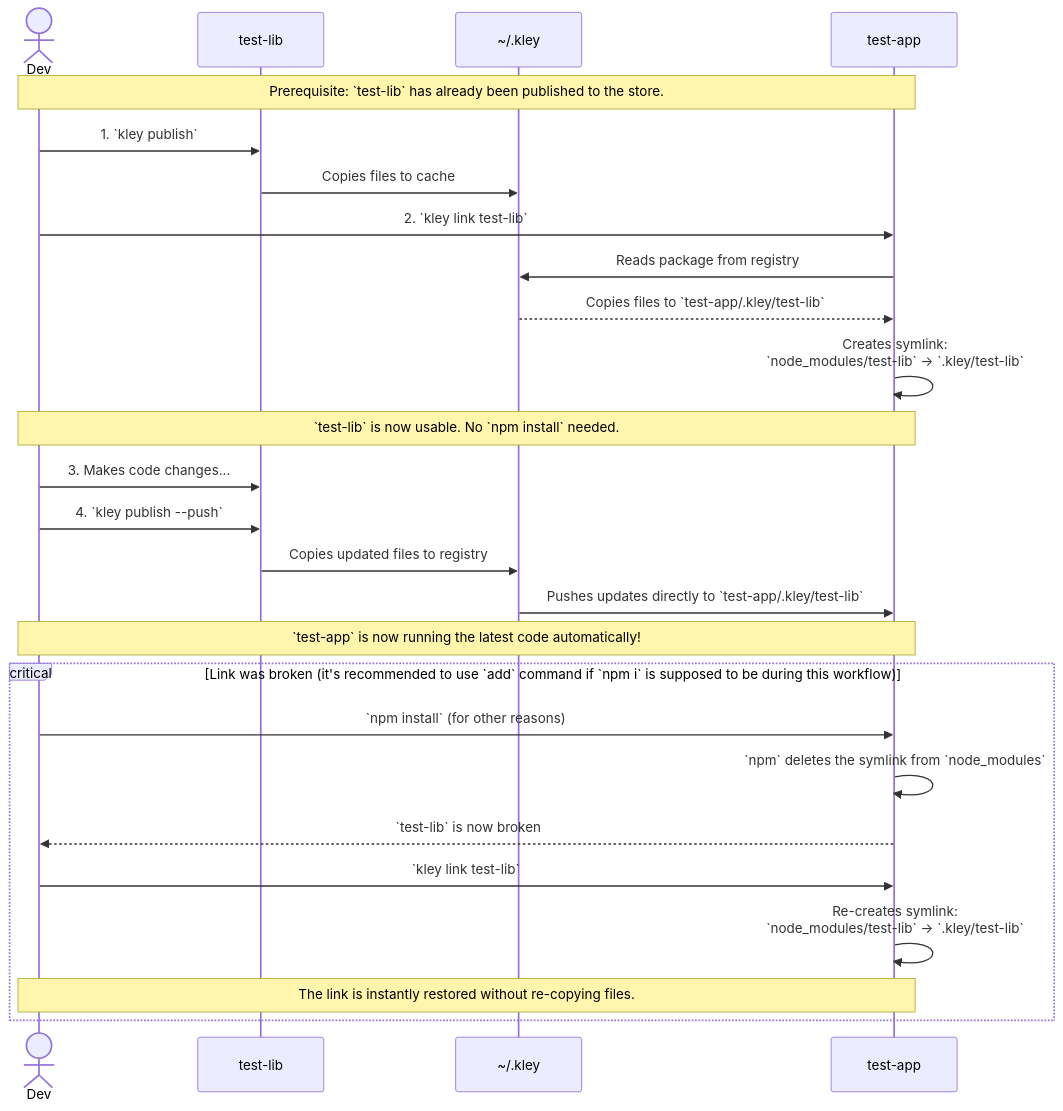
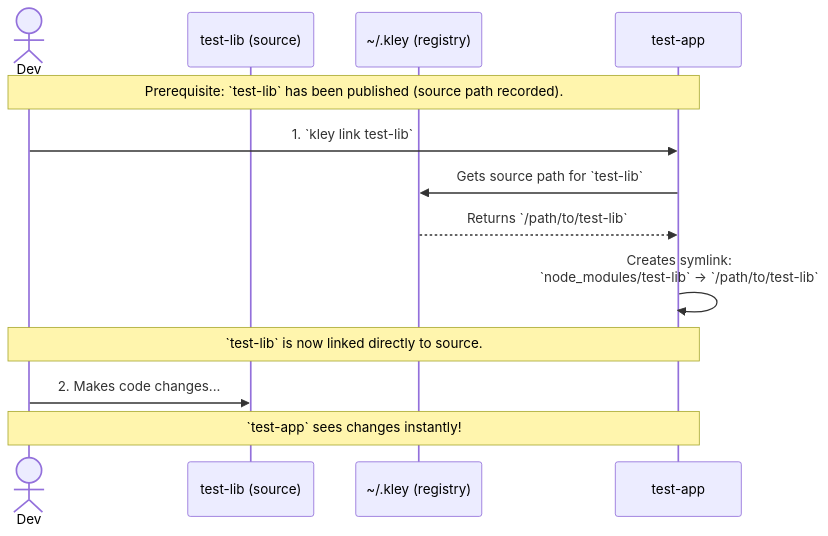
The third of 3 diagrams in README.md (sumbad/kley), drawn with Mermaid before and after one commit. The commit also changed other lines of this file and 2 other files, not shown here.

Commit message:
docs: updsate readme and cl

````diff
--- a/README.md
+++ b/README.md
@@ -143,37 +142,19 @@
 ```mermaid
 sequenceDiagram
     actor Dev
-    participant Lib as test-lib
-    participant Store as ~/.kley
+    participant Lib as test-lib (source)
+    participant Store as ~/.kley (registry)
     participant App as test-app
 
-    Note over Dev, App: Prerequisite: `test-lib` has already been published to the store.
+    Note over Dev, App: Prerequisite: `test-lib` has been published (source path recorded).
 
-    Dev->>Lib: 1. `kley publish`
-    Lib->>Store: Copies files to cache
+    Dev->>App: 1. `kley link test-lib`
+    App->>Store: Gets source path for `test-lib`
+    Store-->>App: Returns `/path/to/test-lib`
+    App->>App: Creates symlink:<br/>`node_modules/test-lib` -> `/path/to/test-lib`
 
-    Dev->>App: 2. `kley link test-lib`
-    App->>Store: Reads package from registry
-    Store-->>App: Copies files to `test-app/.kley/test-lib`
-    App->>App: Creates symlink:<br/>`node_modules/test-lib` -> `.kley/test-lib`
+    Note over Dev, App: `test-lib` is now linked directly to source.
 
-    Note over Dev, App: `test-lib` is now usable. No `npm install` needed.
-
-    Dev->>Lib: 3. Makes code changes...
-    Dev->>Lib: 4. `kley publish --push`
-    Lib->>Store: Copies updated files to registry
-    Store->>App: Pushes updates directly to `test-app/.kley/test-lib`
-
-    Note over Dev, App: `test-app` is now running the latest code automatically!
-
-    critical Link was broken (it's recommended to use `add` command if `npm i` is supposed to be during this workflow)
-        Dev->>App: `npm install` (for other reasons)
-        App->>App: `npm` deletes the symlink from `node_modules`
-        App-->>Dev: `test-lib` is now broken
-
-        Dev->>App: `kley link test-lib`
-        App->>App: Re-creates symlink:<br/>`node_modules/test-lib` -> `.kley/test-lib`
-
-        Note over Dev, App: The link is instantly restored without re-copying files.
-    end
+    Dev->>Lib: 2. Makes code changes...
+    Note over Dev, App: `test-app` sees changes instantly!
 ```
````
